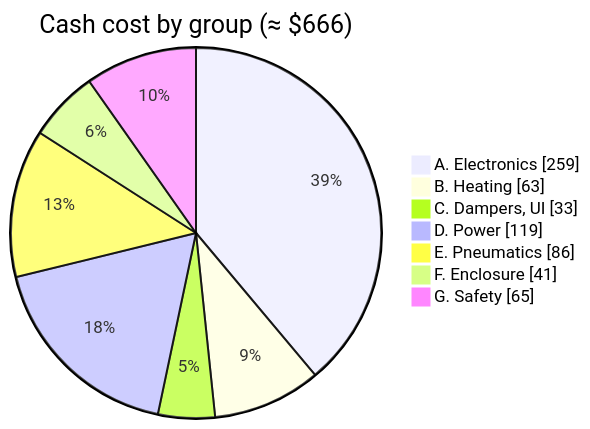
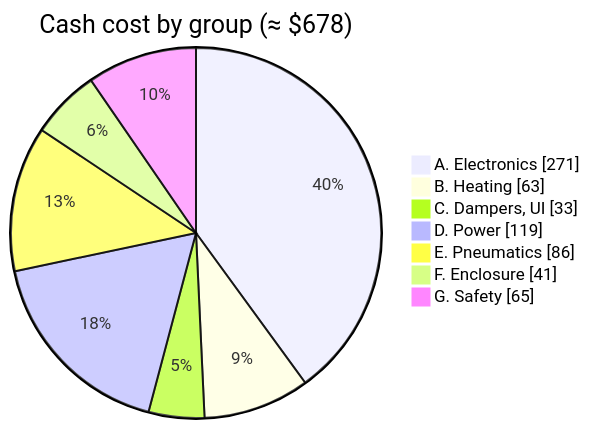
One commit to BashfulBits/3dp-fleet-exhaust changed the diagram in docs/03_bill_of_materials.md. Above: the diagram before and after it, drawn with Mermaid. The commit also changed other lines of this file and 10 other files, not shown here.

````diff
--- a/docs/03_bill_of_materials.md
+++ b/docs/03_bill_of_materials.md
@@ -27,11 +27,11 @@
 ```mermaid
 pie showData
-  title Cash cost by group (≈ $666)
-  "A. Electronics" : 259
+  title Cash cost by group (≈ $678)
+  "A. Electronics" : 271
   "B. Heating" : 63
   "C. Dampers, UI" : 33
   "D. Power" : 119
   "E. Pneumatics" : 86
   "F. Enclosure" : 41
   "G. Safety" : 65
 ```
````
